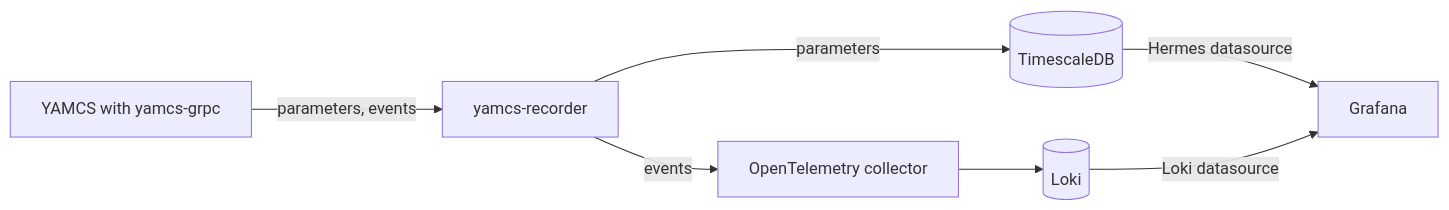
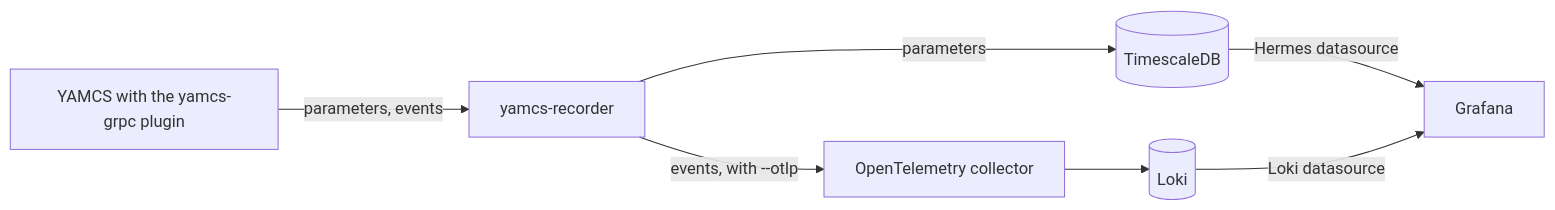
Before and after one commit to nasa/hermes: the diagram in docs/tlm/index.md, drawn with Mermaid. The commit also changed other lines of this file and 2 other files, not shown here.

````diff
--- a/docs/tlm/index.md
+++ b/docs/tlm/index.md
@@ -6,8 +7,8 @@
 ```mermaid
 flowchart LR
-    yamcs["YAMCS with yamcs-grpc"] -->|"parameters, events"| rec["yamcs-recorder"]
+    yamcs["YAMCS with the yamcs-grpc plugin"] -->|"parameters, events"| rec["yamcs-recorder"]
     rec -->|"parameters"| ts[("TimescaleDB")]
-    rec -->|"events"| otel["OpenTelemetry collector"] --> loki[("Loki")]
+    rec -->|"events, with --otlp"| otel["OpenTelemetry collector"] --> loki[("Loki")]
     ts -->|"Hermes datasource"| graf["Grafana"]
     loki -->|"Loki datasource"| graf
 ```
````
